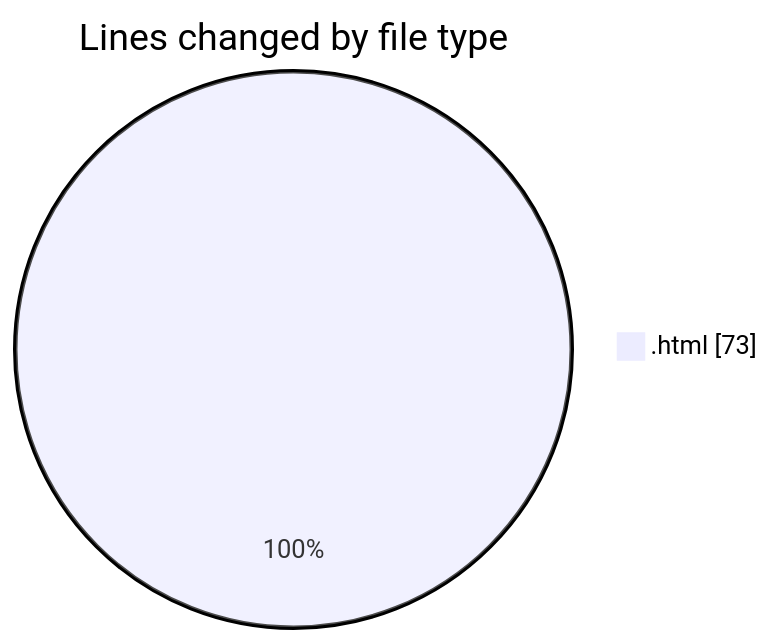
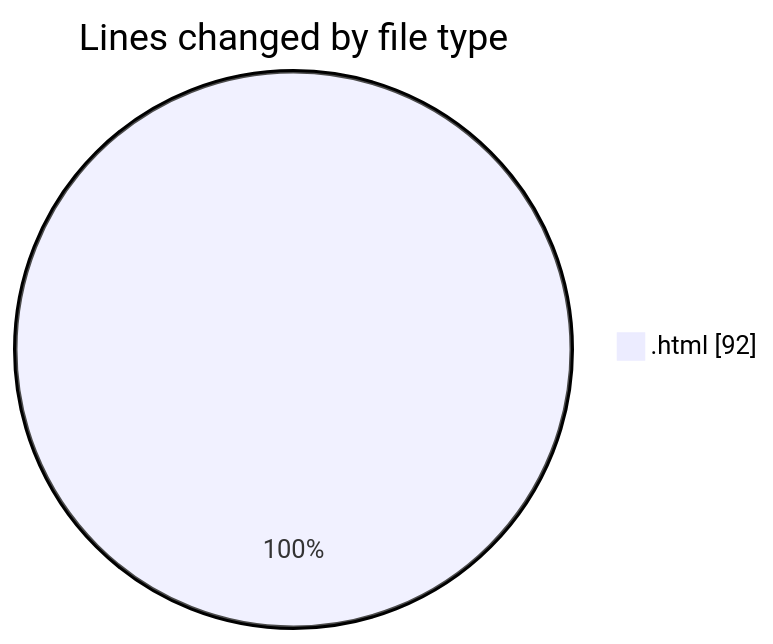
One commit to hasnaa123/code-tracking changed the first of 2 diagrams in 2025-12-23/technologie_web/README.md. Above: the diagram before and after it, drawn with Mermaid. The commit also changed other lines of this file and 1 other file, not shown here.

````diff
--- a/2025-12-23/technologie_web/README.md
+++ b/2025-12-23/technologie_web/README.md
@@ -20,5 +20,5 @@
 ```mermaid
 pie showData
 title Lines changed by file type
-".html" : 73
+".html" : 92
 ```
````
